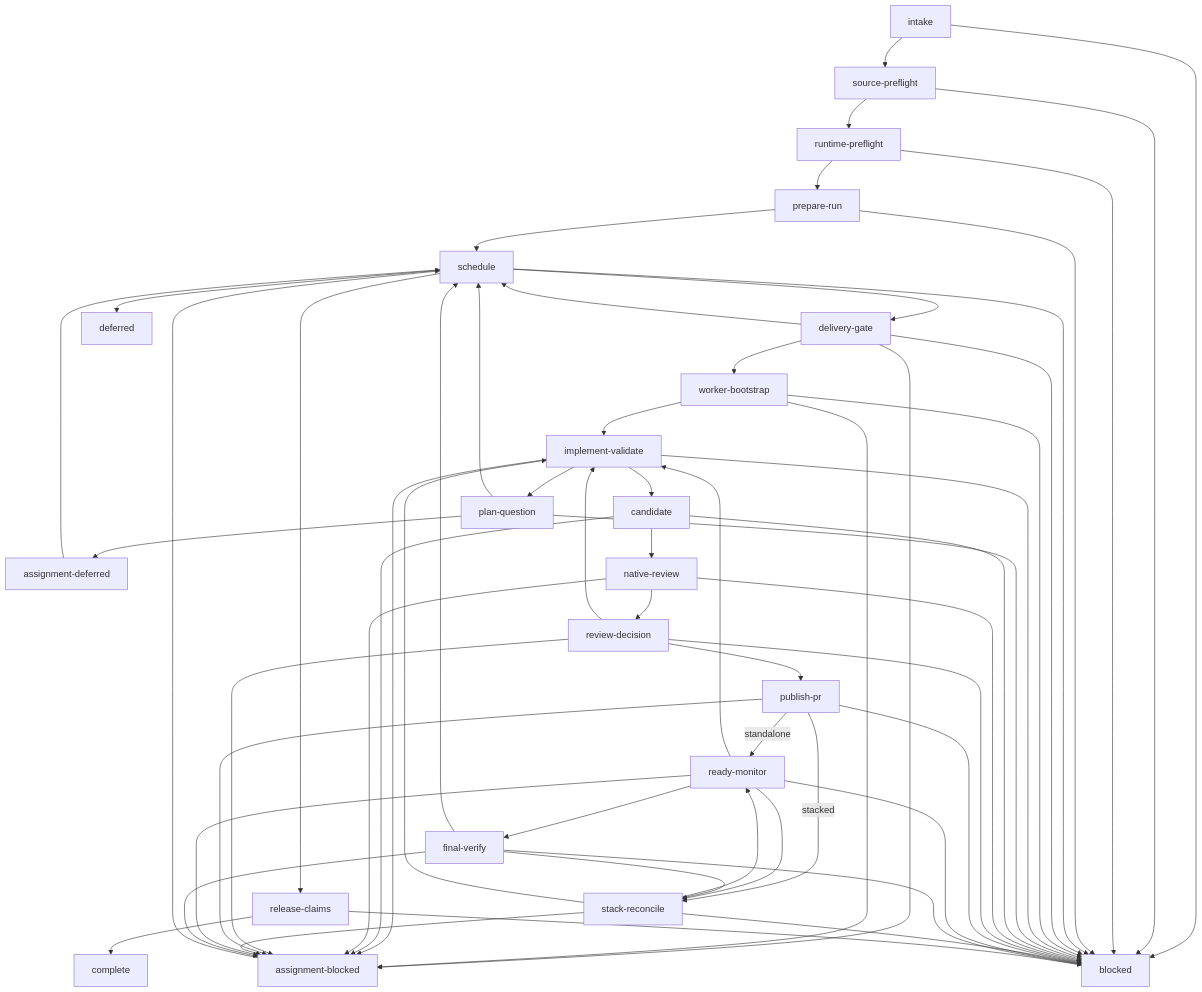
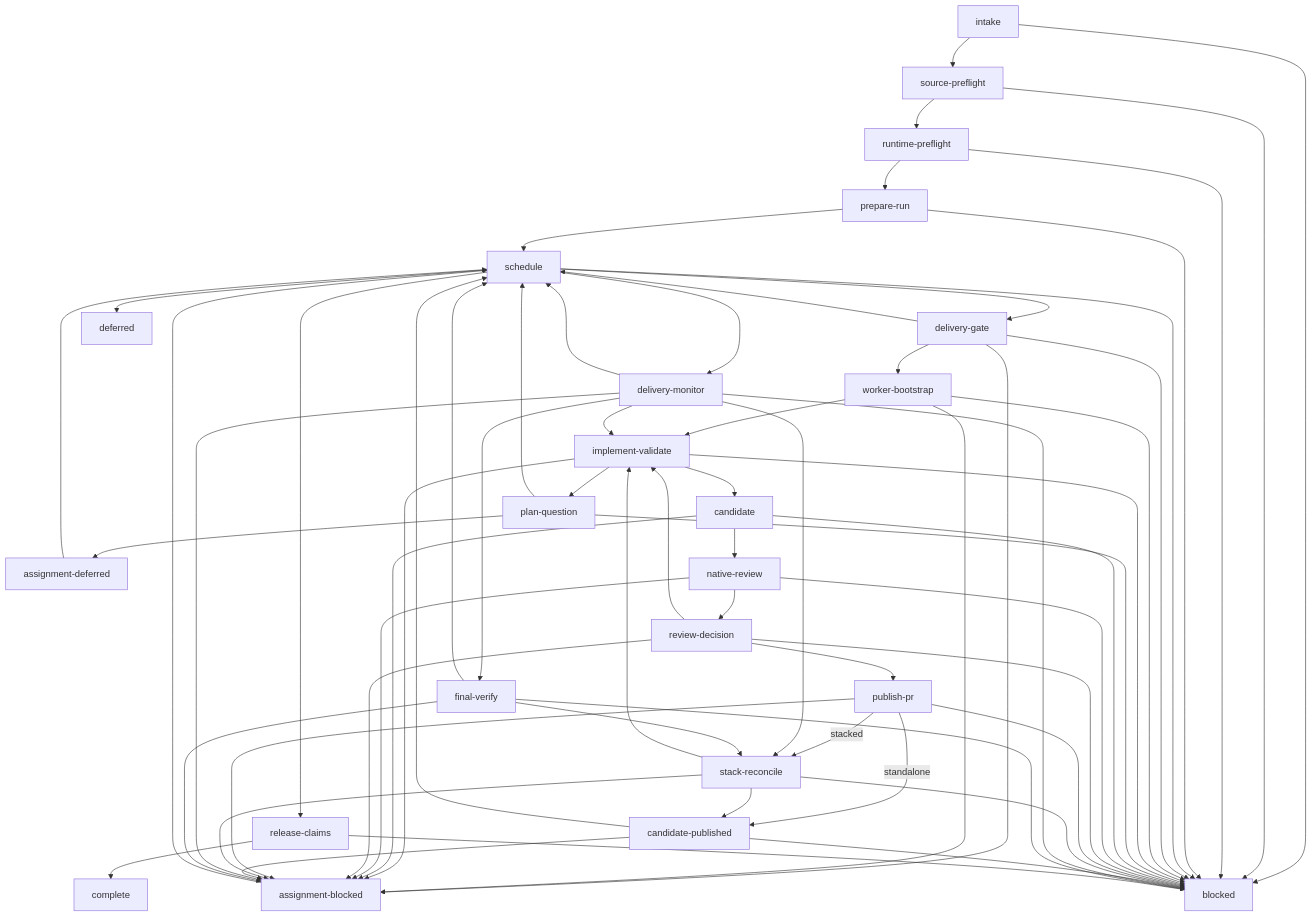
Before and after one commit to alemar11/dotagents: the diagram in plugins/se/skills/implement/SKILL.md, drawn with Mermaid. The commit also changed other lines of this file and 33 other files, not shown here.

```diff
--- a/plugins/se/skills/implement/SKILL.md
+++ b/plugins/se/skills/implement/SKILL.md
@@ -163,60 +179,65 @@
 ~~~mermaid
 flowchart TD
     intake --> source-preflight
     intake --> blocked
     source-preflight --> runtime-preflight
     source-preflight --> blocked
     runtime-preflight --> prepare-run
     runtime-preflight --> blocked
     prepare-run --> schedule
     prepare-run --> blocked
     schedule --> delivery-gate
+    schedule --> delivery-monitor
     schedule --> release-claims
     schedule --> deferred
     schedule --> blocked
     delivery-gate --> worker-bootstrap
     delivery-gate --> schedule
     delivery-gate --> assignment-blocked
     delivery-gate --> blocked
     worker-bootstrap --> implement-validate
     worker-bootstrap --> assignment-blocked
     worker-bootstrap --> blocked
     implement-validate --> candidate
     implement-validate --> plan-question
     implement-validate --> assignment-blocked
     implement-validate --> blocked
     plan-question --> schedule
     plan-question --> assignment-deferred
     plan-question --> blocked
     candidate --> native-review
     candidate --> assignment-blocked
     candidate --> blocked
     native-review --> review-decision
     native-review --> assignment-blocked
     native-review --> blocked
     review-decision --> implement-validate
     review-decision --> publish-pr
     review-decision --> assignment-blocked
     review-decision --> blocked
-    publish-pr -->|standalone| ready-monitor
+    publish-pr -->|standalone| candidate-published
     publish-pr -->|stacked| stack-reconcile
     publish-pr --> assignment-blocked
     publish-pr --> blocked
-    stack-reconcile --> ready-monitor
+    stack-reconcile --> candidate-published
     stack-reconcile --> implement-validate
     stack-reconcile --> assignment-blocked
     stack-reconcile --> blocked
-    ready-monitor --> implement-validate
-    ready-monitor --> stack-reconcile
-    ready-monitor --> final-verify
-    ready-monitor --> assignment-blocked
-    ready-monitor --> blocked
+    candidate-published --> schedule
+    candidate-published --> assignment-blocked
+    candidate-published --> blocked
+    delivery-monitor --> schedule
+    delivery-monitor --> implement-validate
+    delivery-monitor --> stack-reconcile
+    delivery-monitor --> final-verify
+    delivery-monitor --> assignment-blocked
+    delivery-monitor --> blocked
     final-verify --> schedule
     final-verify --> stack-reconcile
     final-verify --> assignment-blocked
     final-verify --> blocked
     assignment-blocked --> schedule
     assignment-deferred --> schedule
     release-claims --> complete
     release-claims --> blocked
 ~~~
```
